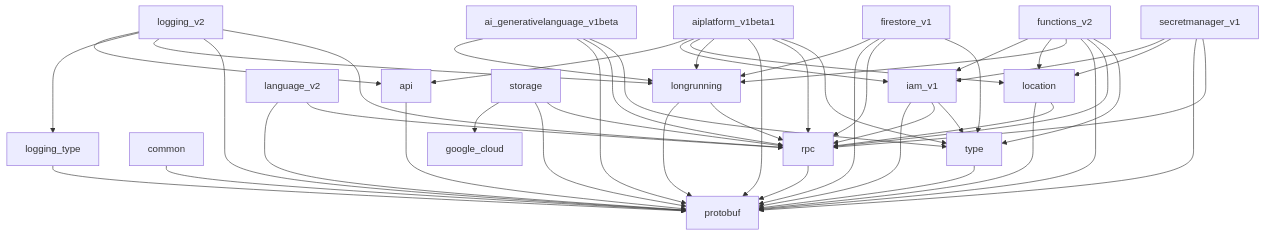
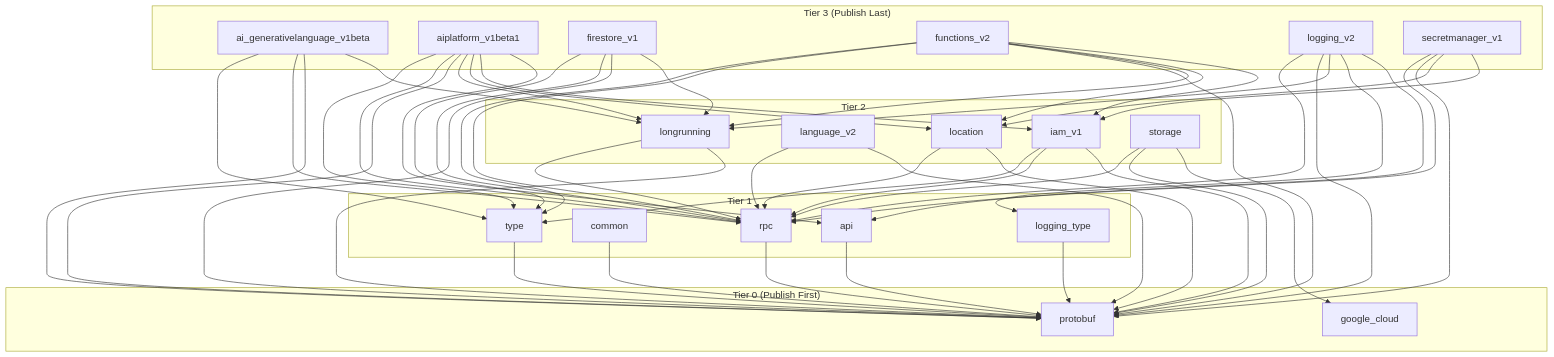
Before and after one commit to googleapis/google-cloud-dart: the diagram in DEVELOPER_GUIDE.md, drawn with Mermaid. The commit also changed 1 other file, not shown here.

````diff
--- a/DEVELOPER_GUIDE.md
+++ b/DEVELOPER_GUIDE.md
@@ -15,69 +15,80 @@
 ```mermaid
 graph TD
-  google_cloud["google_cloud"]
-  google_cloud_ai_generativelanguage_v1beta["ai_generativelanguage_v1beta"]
-  google_cloud_aiplatform_v1beta1["aiplatform_v1beta1"]
-  google_cloud_api["api"]
-  google_cloud_common["common"]
-  google_cloud_firestore_v1["firestore_v1"]
-  google_cloud_functions_v2["functions_v2"]
-  google_cloud_iam_v1["iam_v1"]
-  google_cloud_language_v2["language_v2"]
-  google_cloud_location["location"]
-  google_cloud_logging_type["logging_type"]
-  google_cloud_logging_v2["logging_v2"]
-  google_cloud_longrunning["longrunning"]
-  google_cloud_protobuf["protobuf"]
-  google_cloud_rpc["rpc"]
-  google_cloud_secretmanager_v1["secretmanager_v1"]
-  google_cloud_storage["storage"]
-  google_cloud_type["type"]
+  subgraph Tier0 ["Tier 0 (Publish First)"]
+    google_cloud["google_cloud"]
+    google_cloud_protobuf["protobuf"]
+  end
+
+  subgraph Tier1 ["Tier 1"]
+    google_cloud_api["api"]
+    google_cloud_common["common"]
+    google_cloud_logging_type["logging_type"]
+    google_cloud_rpc["rpc"]
+    google_cloud_type["type"]
+  end
+
+  subgraph Tier2 ["Tier 2"]
+    google_cloud_iam_v1["iam_v1"]
+    google_cloud_language_v2["language_v2"]
+    google_cloud_location["location"]
+    google_cloud_longrunning["longrunning"]
+    google_cloud_storage["storage"]
+  end
+
+  subgraph Tier3 ["Tier 3 (Publish Last)"]
+    google_cloud_ai_generativelanguage_v1beta["ai_generativelanguage_v1beta"]
+    google_cloud_aiplatform_v1beta1["aiplatform_v1beta1"]
+    google_cloud_firestore_v1["firestore_v1"]
+    google_cloud_functions_v2["functions_v2"]
+    google_cloud_logging_v2["logging_v2"]
+    google_cloud_secretmanager_v1["secretmanager_v1"]
+  end
 
   google_cloud_ai_generativelanguage_v1beta --> google_cloud_longrunning
   google_cloud_ai_generativelanguage_v1beta --> google_cloud_protobuf
   google_cloud_ai_generativelanguage_v1beta --> google_cloud_rpc
   google_cloud_ai_generativelanguage_v1beta --> google_cloud_type
   google_cloud_aiplatform_v1beta1 --> google_cloud_api
   google_cloud_aiplatform_v1beta1 --> google_cloud_iam_v1
   google_cloud_aiplatform_v1beta1 --> google_cloud_location
   google_cloud_aiplatform_v1beta1 --> google_cloud_longrunning
   google_cloud_aiplatform_v1beta1 --> google_cloud_protobuf
   google_cloud_aiplatform_v1beta1 --> google_cloud_rpc
   google_cloud_aiplatform_v1beta1 --> google_cloud_type
   google_cloud_api --> google_cloud_protobuf
   google_cloud_common --> google_cloud_protobuf
   google_cloud_firestore_v1 --> google_cloud_longrunning
   google_cloud_firestore_v1 --> google_cloud_protobuf
   google_cloud_firestore_v1 --> google_cloud_rpc
   google_cloud_firestore_v1 --> google_cloud_type
   google_cloud_functions_v2 --> google_cloud_iam_v1
   google_cloud_functions_v2 --> google_cloud_location
   google_cloud_functions_v2 --> google_cloud_longrunning
   google_cloud_functions_v2 --> google_cloud_protobuf
   google_cloud_functions_v2 --> google_cloud_rpc
   google_cloud_functions_v2 --> google_cloud_type
   google_cloud_iam_v1 --> google_cloud_protobuf
   google_cloud_iam_v1 --> google_cloud_rpc
   google_cloud_iam_v1 --> google_cloud_type
   google_cloud_language_v2 --> google_cloud_protobuf
   google_cloud_language_v2 --> google_cloud_rpc
   google_cloud_location --> google_cloud_protobuf
   google_cloud_location --> google_cloud_rpc
   google_cloud_logging_type --> google_cloud_protobuf
   google_cloud_logging_v2 --> google_cloud_api
   google_cloud_logging_v2 --> google_cloud_logging_type
   google_cloud_logging_v2 --> google_cloud_longrunning
   google_cloud_logging_v2 --> google_cloud_protobuf
   google_cloud_logging_v2 --> google_cloud_rpc
   google_cloud_longrunning --> google_cloud_protobuf
   google_cloud_longrunning --> google_cloud_rpc
   google_cloud_rpc --> google_cloud_protobuf
   google_cloud_secretmanager_v1 --> google_cloud_iam_v1
   google_cloud_secretmanager_v1 --> google_cloud_location
   google_cloud_secretmanager_v1 --> google_cloud_protobuf
   google_cloud_secretmanager_v1 --> google_cloud_rpc
   google_cloud_storage --> google_cloud
   google_cloud_storage --> google_cloud_protobuf
   google_cloud_storage --> google_cloud_rpc
   google_cloud_type --> google_cloud_protobuf
 ```
````
